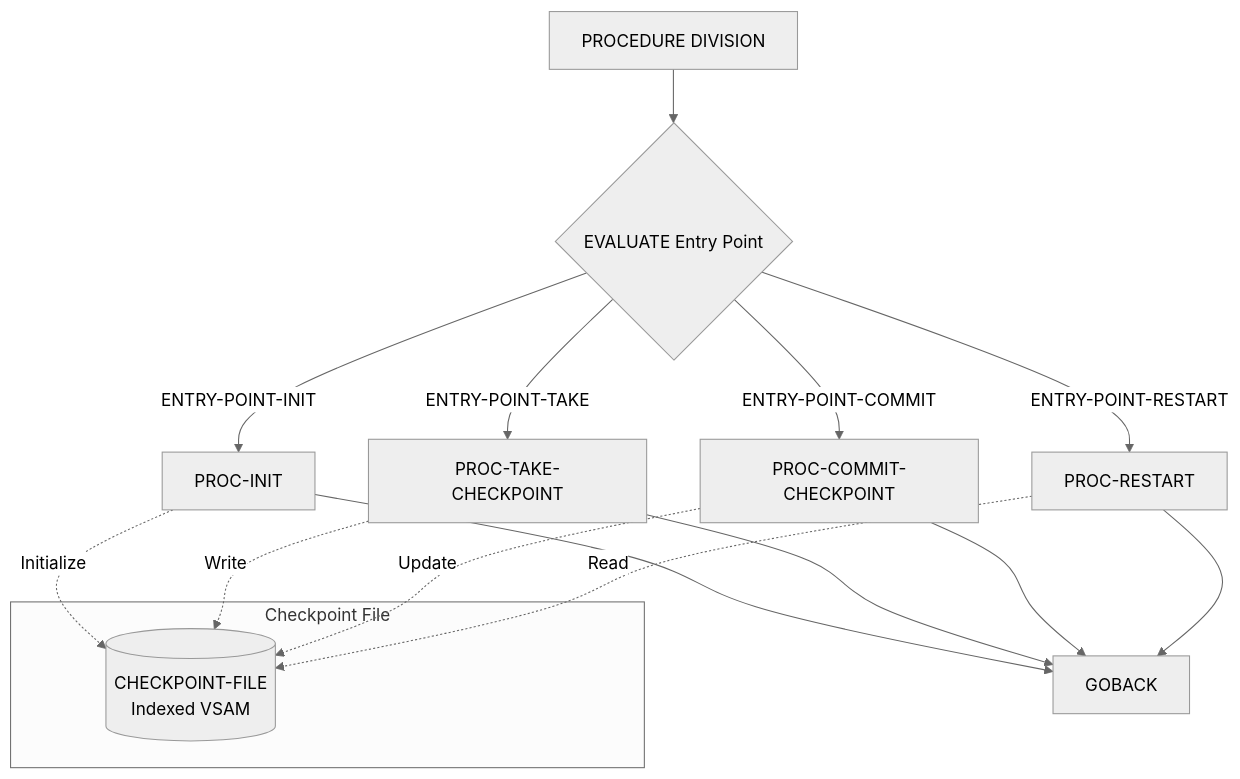
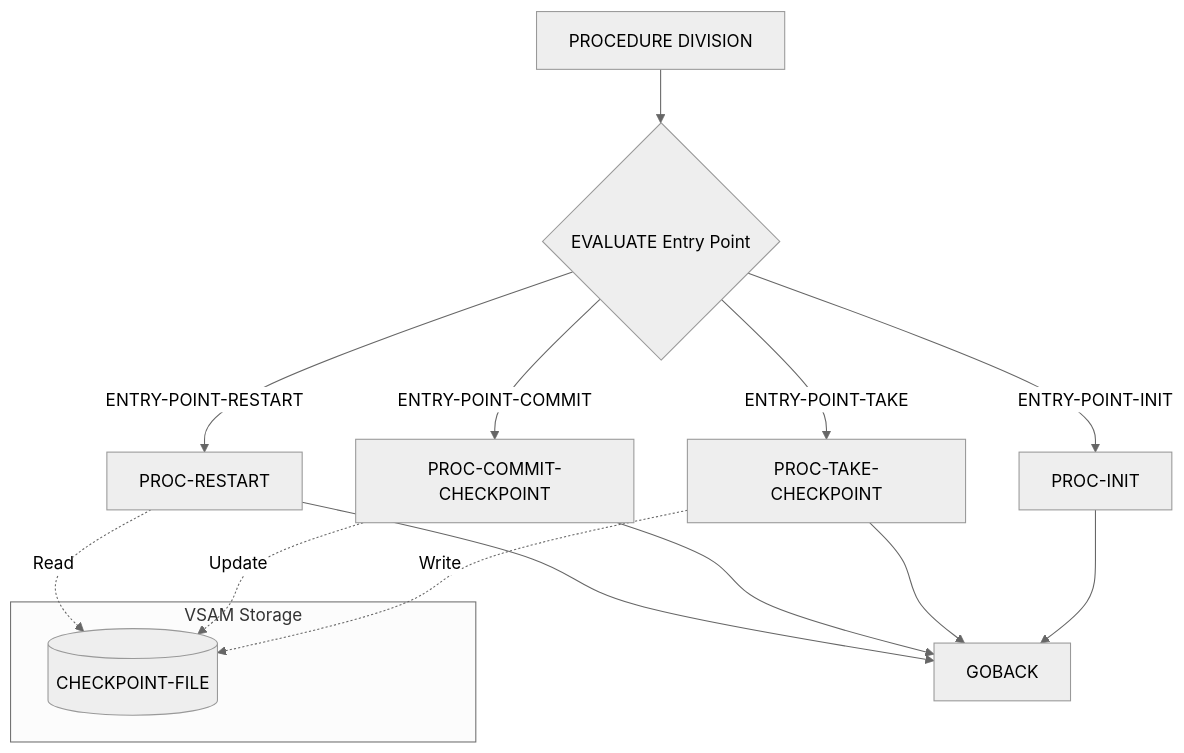
The diagram in docs/programs/CKPRST.mdx (haladir-com/legacy-benchmark-docs-vb70e1), drawn with Mermaid (neutral theme) before and after one commit. The commit also changed other lines of this file and 63 other files, not shown here.

````diff
--- a/docs/programs/CKPRST.mdx
+++ b/docs/programs/CKPRST.mdx
@@ -16,21 +16,20 @@
 ```mermaid
 graph TD
     A[PROCEDURE DIVISION] --> B{EVALUATE Entry Point}
     B -->|ENTRY-POINT-INIT| C[PROC-INIT]
     B -->|ENTRY-POINT-TAKE| D[PROC-TAKE-CHECKPOINT]
     B -->|ENTRY-POINT-COMMIT| E[PROC-COMMIT-CHECKPOINT]
     B -->|ENTRY-POINT-RESTART| F[PROC-RESTART]
     C --> G[GOBACK]
     D --> G
     E --> G
     F --> G
     
-    subgraph "Checkpoint File"
-        H[(CHECKPOINT-FILE<br/>Indexed VSAM)]
+    subgraph "VSAM Storage"
+        H[(CHECKPOINT-FILE)]
     end
     
-    C -.->|Initialize| H
     D -.->|Write| H
     E -.->|Update| H
     F -.->|Read| H
 ```
````
